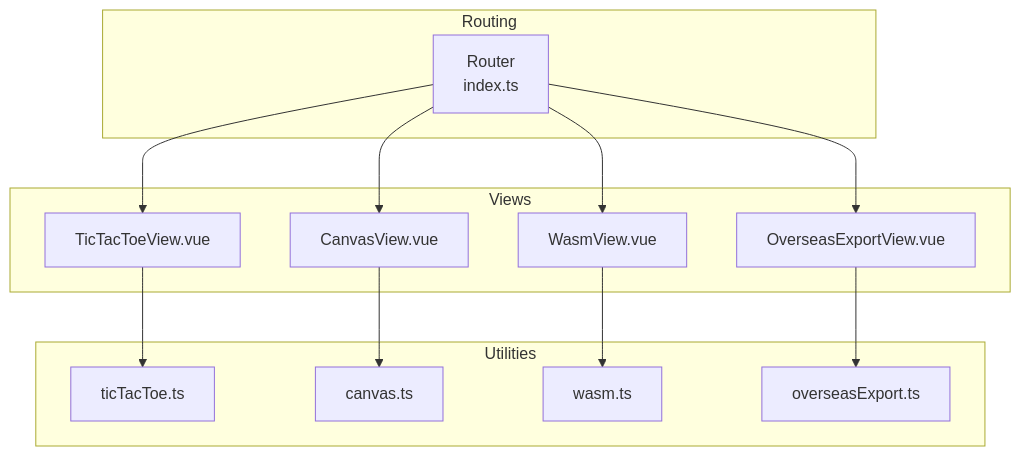
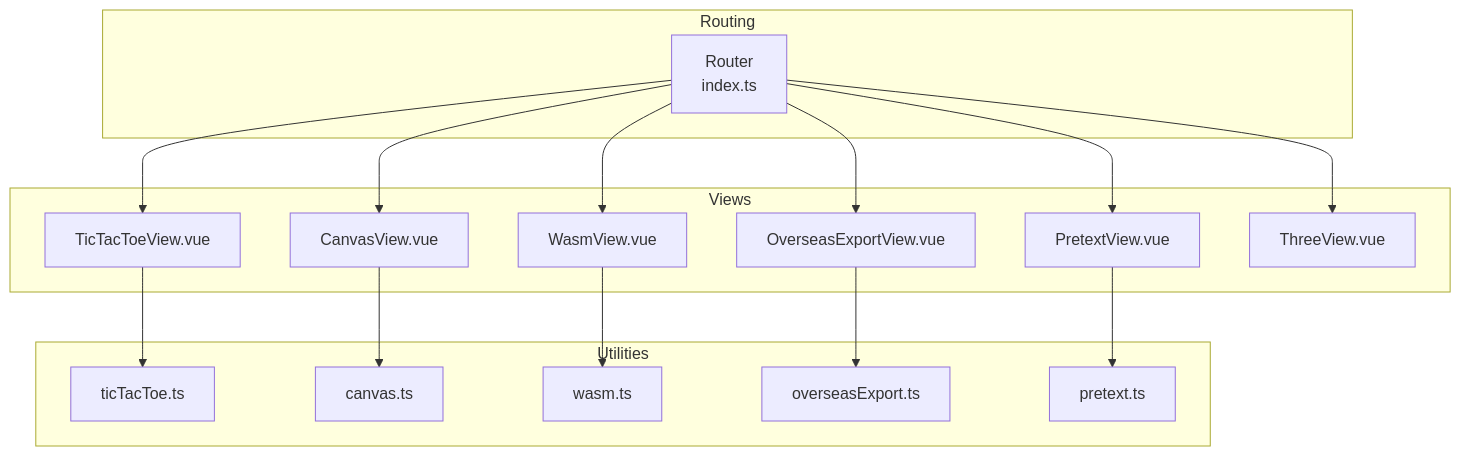
The first of 9 diagrams in .qoder/repowiki/en/content/Interactive Applications/Interactive Applications.md (adminfyy/adminfyy.github.io), drawn with Mermaid before and after one commit. The commit also changed other lines of this file and 34 other files, not shown here.

````diff
--- a/.qoder/repowiki/en/content/Interactive Applications/Interactive Applications.md
+++ b/.qoder/repowiki/en/content/Interactive Applications/Interactive Applications.md
@@ -37,26 +50,32 @@
 ```mermaid
 graph TB
 subgraph "Routing"
 R["Router<br/>index.ts"]
 end
 subgraph "Views"
 TTT["TicTacToeView.vue"]
 CANV["CanvasView.vue"]
 WASM["WasmView.vue"]
 EXP["OverseasExportView.vue"]
+PRETEXT["PretextView.vue"]
+THREE["ThreeView.vue"]
 end
 subgraph "Utilities"
 TTU["ticTacToe.ts"]
 CANVU["canvas.ts"]
 WASMU["wasm.ts"]
 EXPU["overseasExport.ts"]
+PRETEXTU["pretext.ts"]
 end
 R --> TTT
 R --> CANV
 R --> WASM
 R --> EXP
+R --> PRETEXT
+R --> THREE
 TTT --> TTU
 CANV --> CANVU
 WASM --> WASMU
 EXP --> EXPU
+PRETEXT --> PRETEXTU
 ```
````
